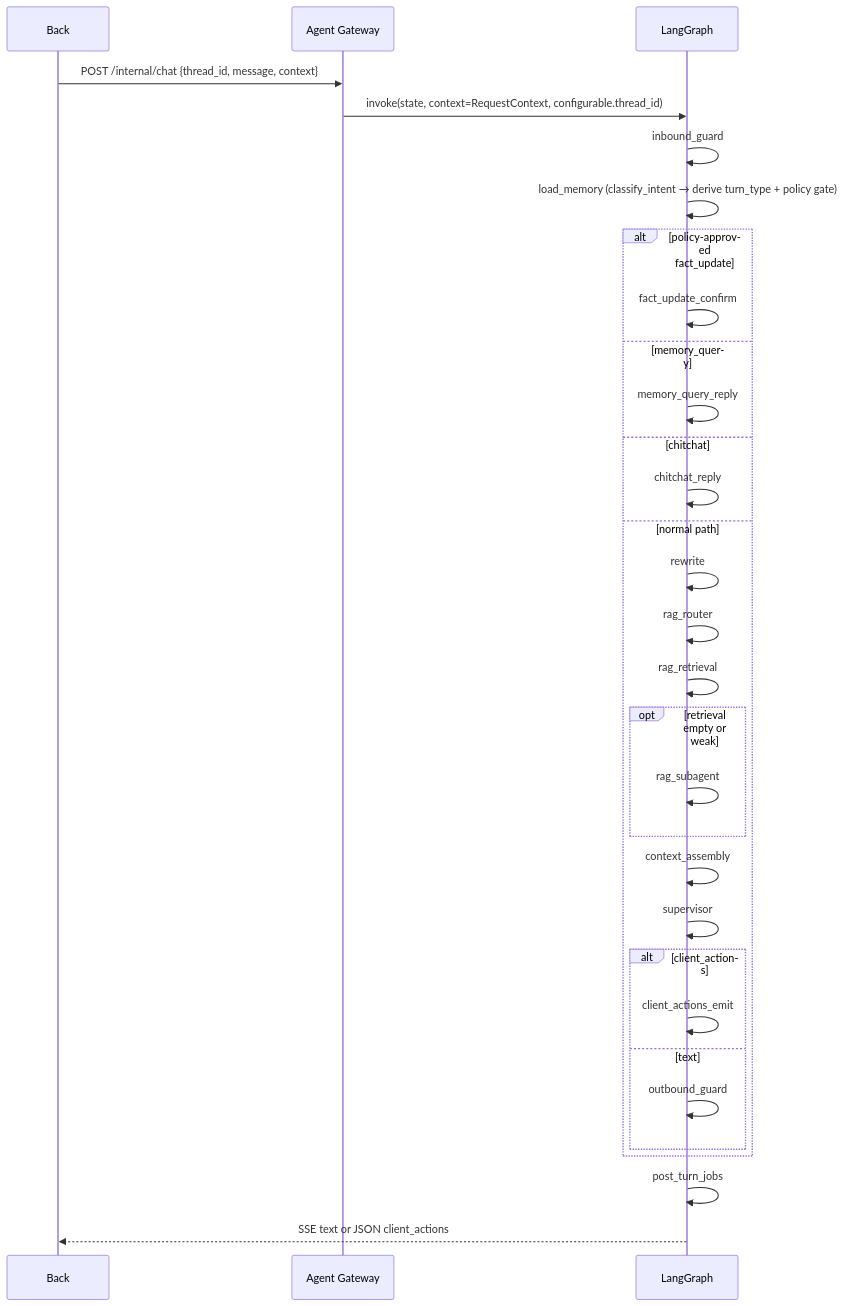
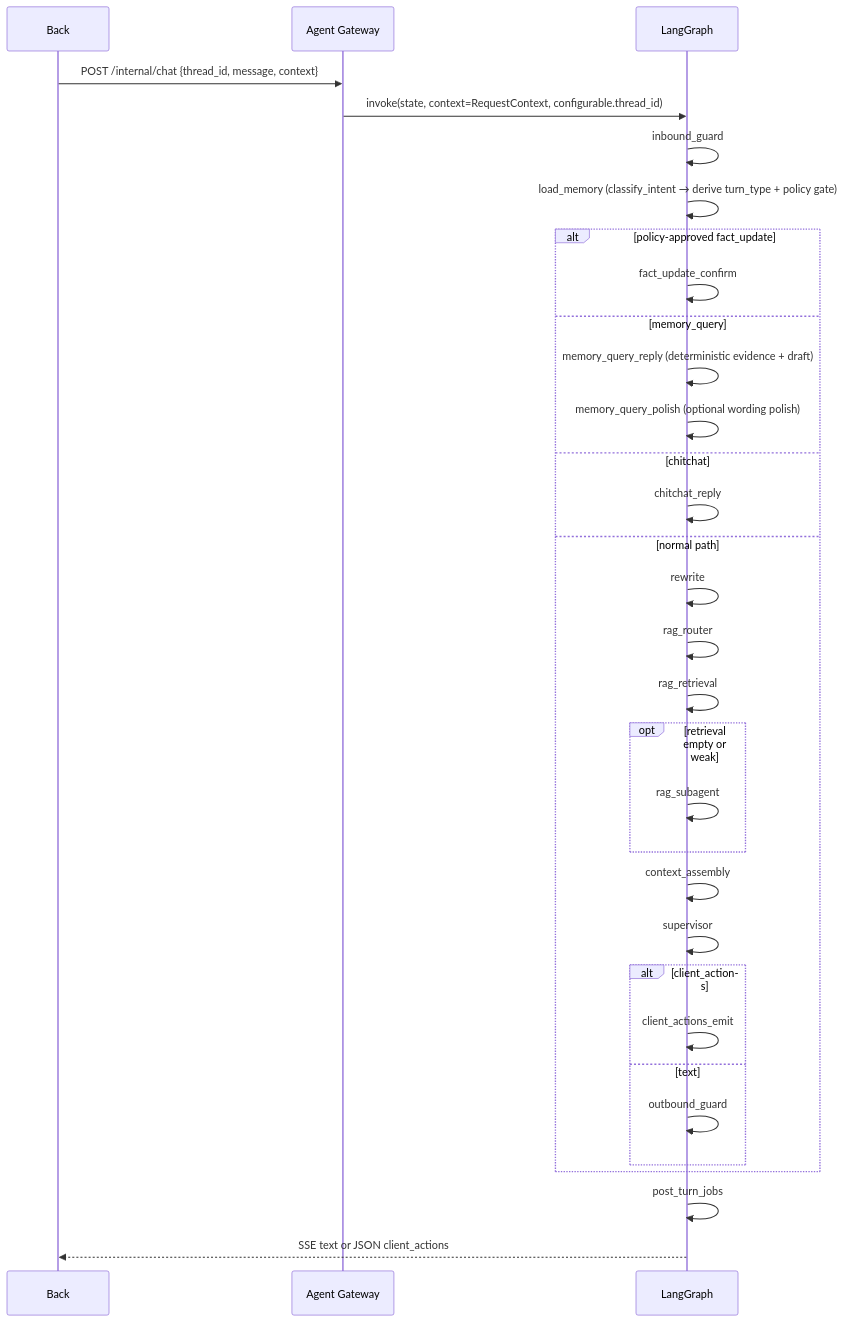
The second of 2 diagrams in README.md (lrxCn/commonAgent), drawn with Mermaid before and after one commit. The commit also changed other lines of this file and 8 other files, not shown here.

````diff
--- a/README.md
+++ b/README.md
@@ -165,34 +167,35 @@
 ```mermaid
 sequenceDiagram
   participant Back
   participant GW as Agent Gateway
   participant G as LangGraph
 
   Back->>GW: POST /internal/chat {thread_id, message, context}
   GW->>G: invoke(state, context=RequestContext, configurable.thread_id)
   G->>G: inbound_guard
   G->>G: load_memory (classify_intent → derive turn_type + policy gate)
   alt policy-approved fact_update
     G->>G: fact_update_confirm
   else memory_query
-    G->>G: memory_query_reply
+    G->>G: memory_query_reply (deterministic evidence + draft)
+    G->>G: memory_query_polish (optional wording polish)
   else chitchat
     G->>G: chitchat_reply
   else normal path
     G->>G: rewrite
     G->>G: rag_router
     G->>G: rag_retrieval
     opt retrieval empty or weak
       G->>G: rag_subagent
     end
     G->>G: context_assembly
     G->>G: supervisor
     alt client_actions
       G->>G: client_actions_emit
     else text
       G->>G: outbound_guard
     end
   end
   G->>G: post_turn_jobs
   G-->>Back: SSE text or JSON client_actions
 ```
````
